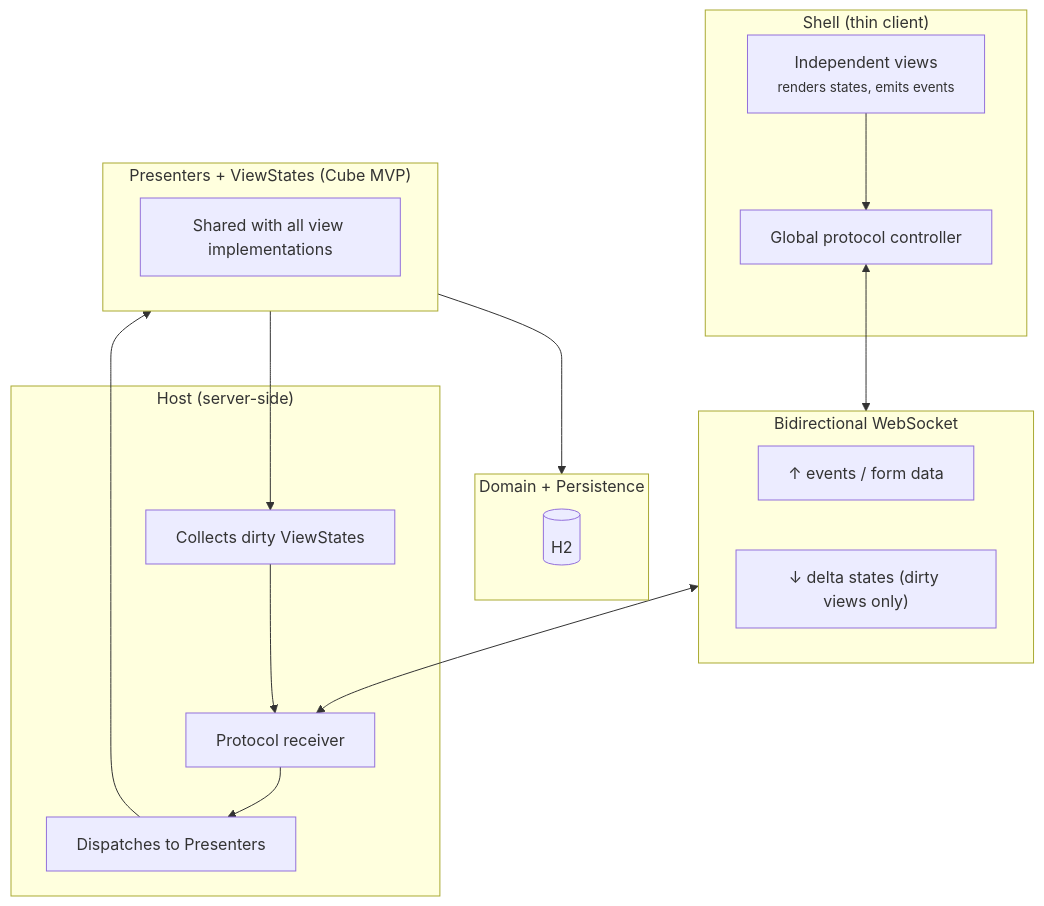
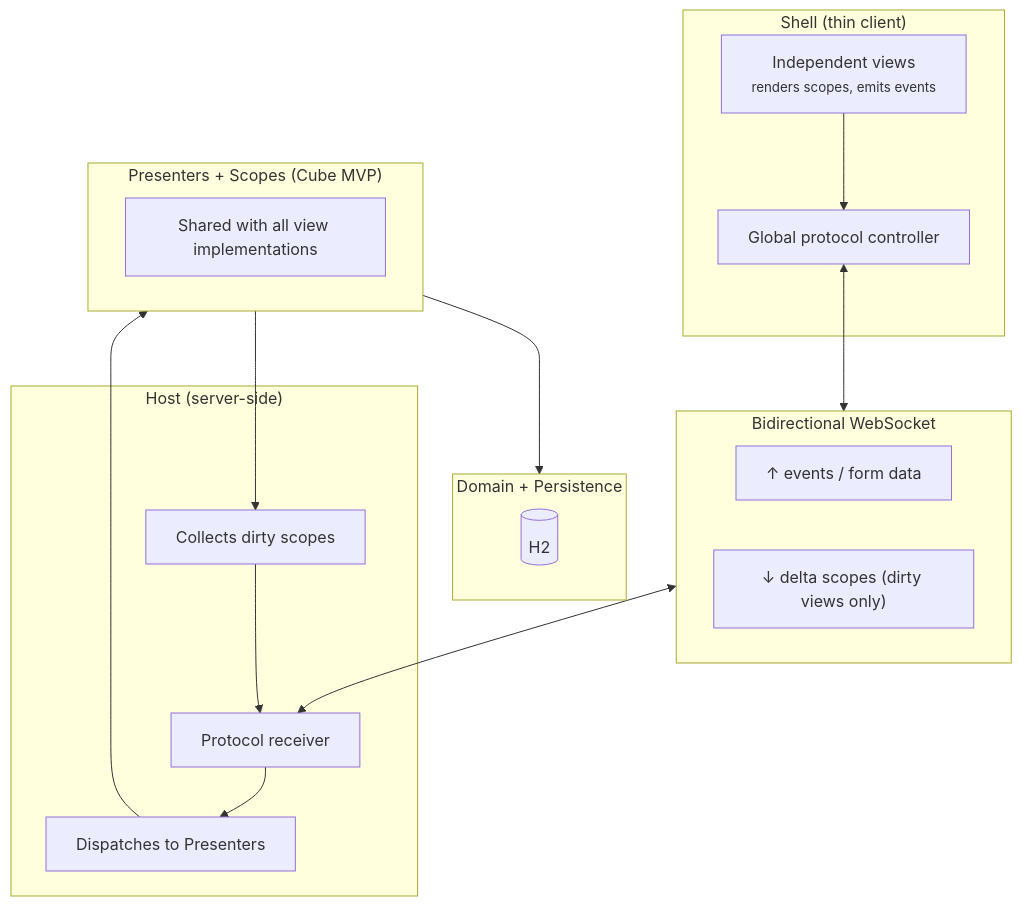
One commit to mrcdom/wdc-cube-java-v2 changed the first of 3 diagrams in fontes/br.com.wdc.store/br.com.wdc.store.view.remote/README.md. Above: the diagram before and after it, drawn with Mermaid. The commit also changed other lines of this file and 222 other files, not shown here.

````diff
--- a/fontes/br.com.wdc.store/br.com.wdc.store.view.remote/README.md
+++ b/fontes/br.com.wdc.store/br.com.wdc.store.view.remote/README.md
@@ -17,32 +17,32 @@
 ```mermaid
 graph TD
     subgraph Shell["Shell (thin client)"]
-        views["Independent views<br/><small>renders states, emits events</small>"]
+        views["Independent views<br/><small>renders scopes, emits events</small>"]
         proto_c["Global protocol controller"]
     end
 
     subgraph Transport["Bidirectional WebSocket"]
         up["↑ events / form data"]
-        down["↓ delta states (dirty views only)"]
+        down["↓ delta scopes (dirty views only)"]
     end
 
     subgraph Host["Host (server-side)"]
         proto_s["Protocol receiver"]
         dispatch["Dispatches to Presenters"]
-        collect["Collects dirty ViewStates"]
+        collect["Collects dirty scopes"]
     end
 
-    subgraph Core["Presenters + ViewStates (Cube MVP)"]
+    subgraph Core["Presenters + Scopes (Cube MVP)"]
         presenters["Shared with all view implementations"]
     end
 
     subgraph Data["Domain + Persistence"]
         db[("H2")]
     end
 
     views --> proto_c
     proto_c <--> Transport
     Transport <--> proto_s
     proto_s --> dispatch --> Core --> Data
     Core --> collect --> proto_s
 ```
````
